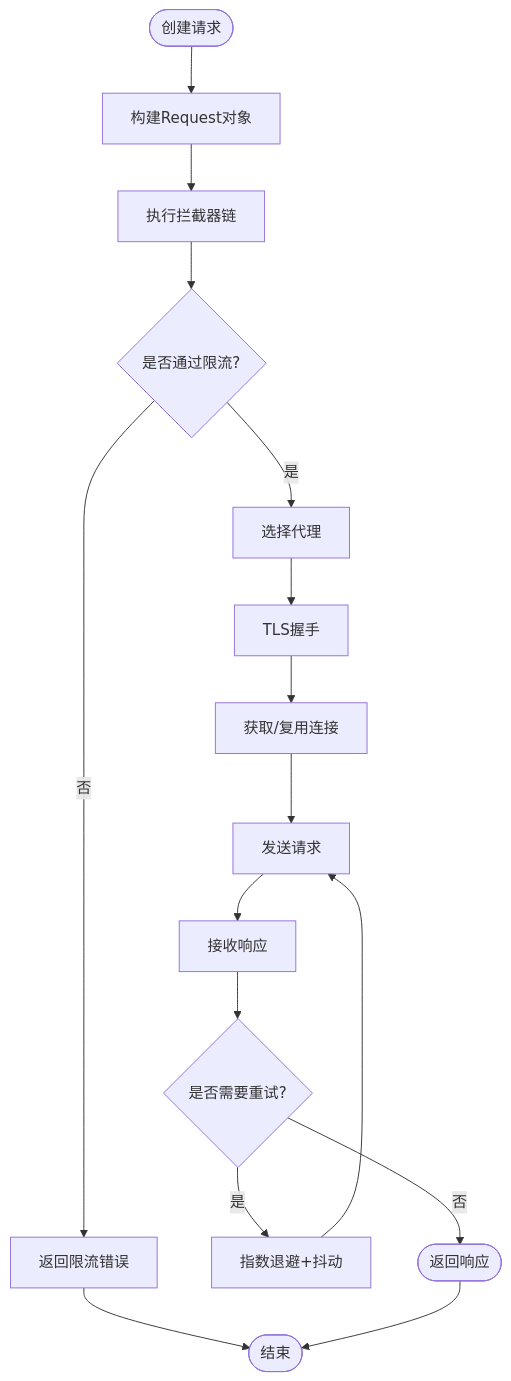
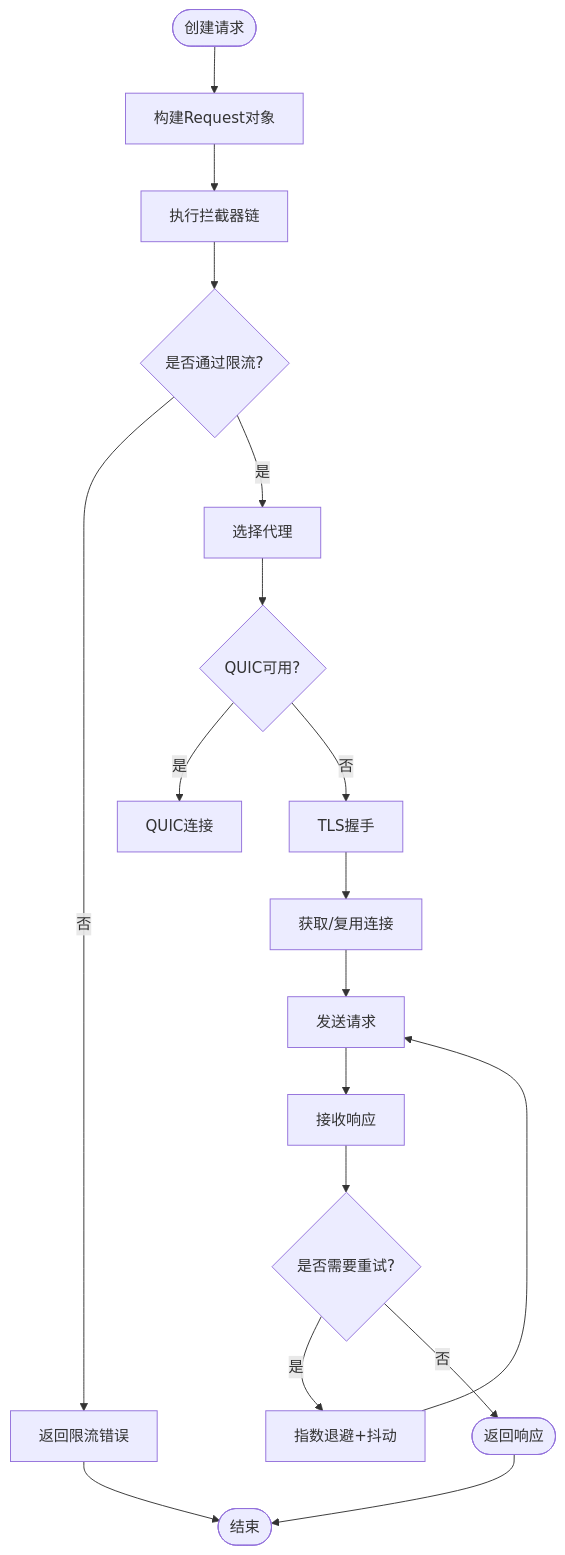
Before and after one commit to ZhangGHGitHub/LegadoTeamFlutter: the third of 11 diagrams in .qoder/repowiki/zh/content/架构设计/通信机制/网络通信.md, drawn with Mermaid. The commit also changed other lines of this file and 66 other files, not shown here.

````diff
--- a/.qoder/repowiki/zh/content/架构设计/通信机制/网络通信.md
+++ b/.qoder/repowiki/zh/content/架构设计/通信机制/网络通信.md
@@ -217,18 +243,20 @@
 ```mermaid
 flowchart TD
 Start(["创建请求"]) --> Build["构建Request对象"]
 Build --> Interceptors["执行拦截器链"]
 Interceptors --> RateLimit{"是否通过限流?"}
 RateLimit -- 否 --> ReturnErr["返回限流错误"]
 RateLimit -- 是 --> ProxySel["选择代理"]
-ProxySel --> TLSHandshake["TLS握手"]
+ProxySel --> QUICCheck{"QUIC可用?"}
+QUICCheck -- 是 --> QUICConn["QUIC连接"]
+QUICCheck -- 否 --> TLSHandshake["TLS握手"]
 TLSHandshake --> ConnPool["获取/复用连接"]
 ConnPool --> SendReq["发送请求"]
 SendReq --> RespRecv["接收响应"]
 RespRecv --> RetryCheck{"是否需要重试?"}
 RetryCheck -- 是 --> Backoff["指数退避+抖动"]
 Backoff --> SendReq
 RetryCheck -- 否 --> Done(["返回响应"])
 ReturnErr --> End(["结束"])
 Done --> End
 ```
````
